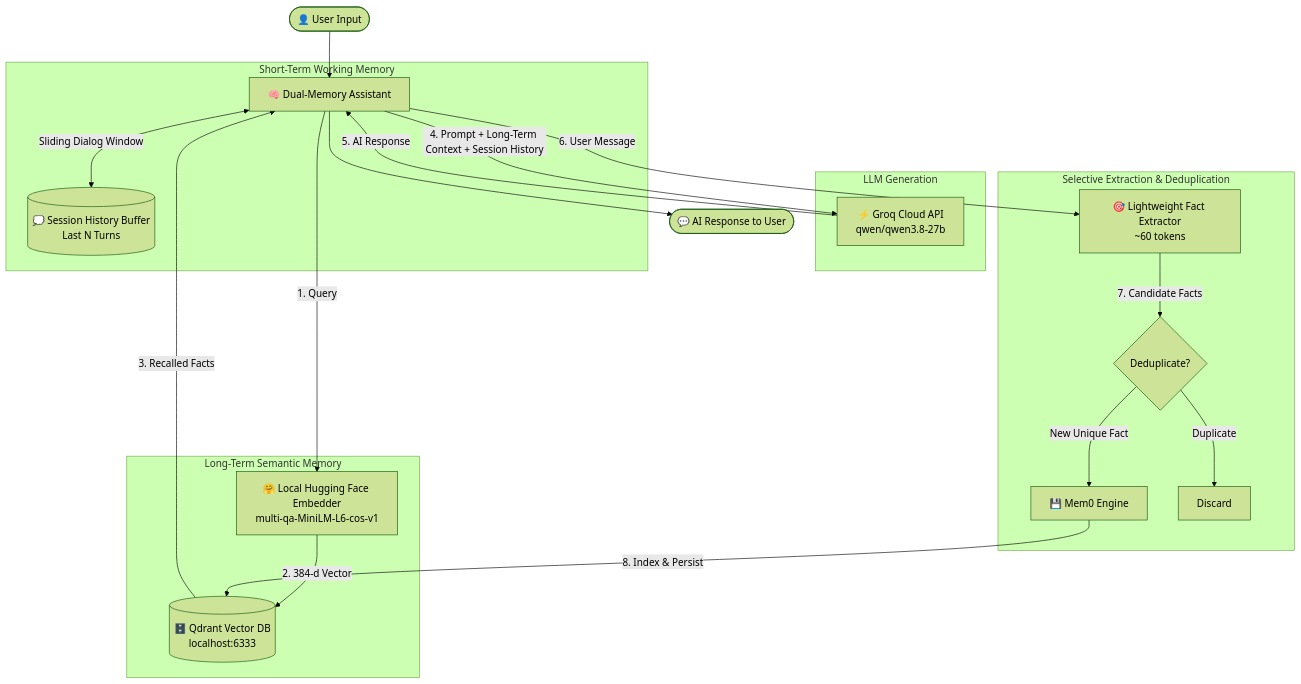
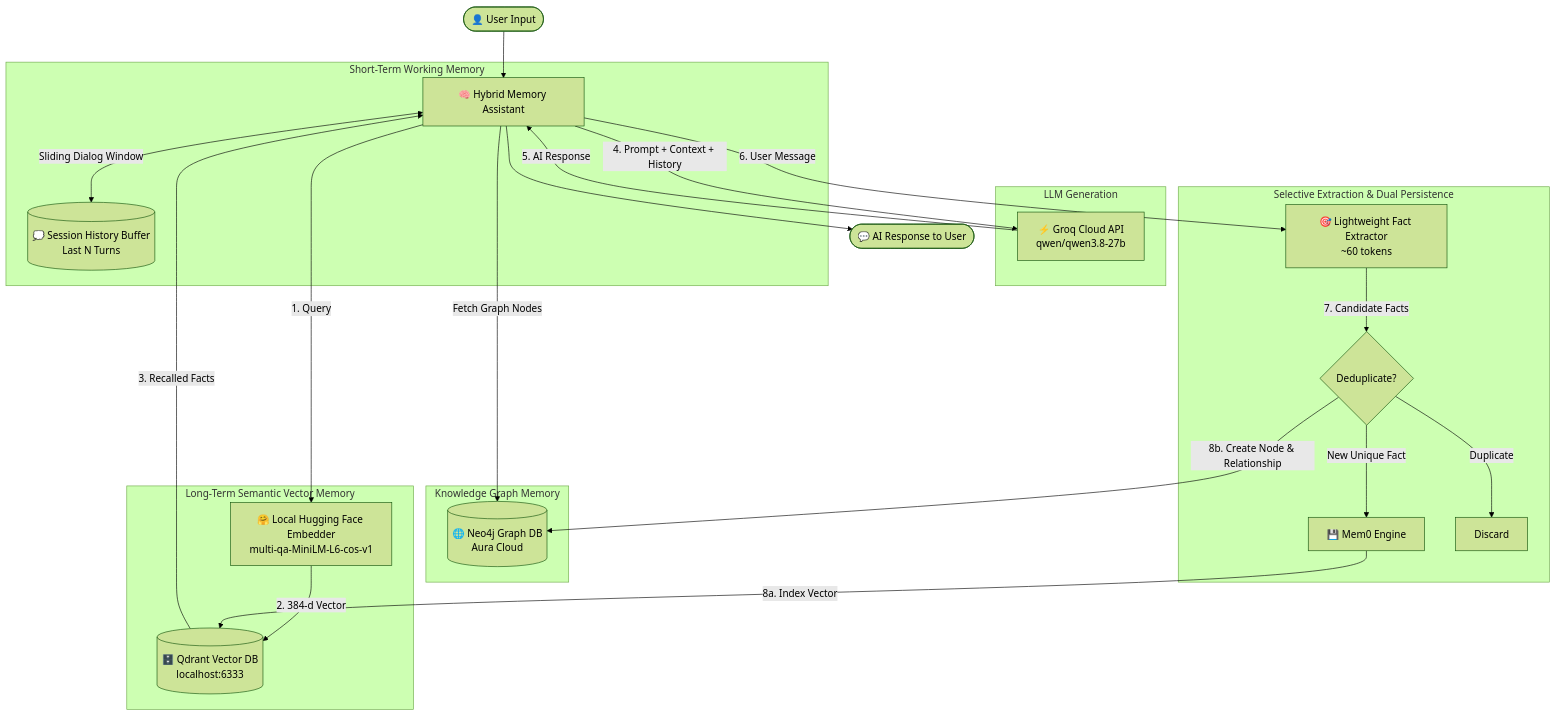
Before and after one commit to Rohit18457/mem0-ai-assistant: the diagram in README.md, drawn with Mermaid (forest theme). The commit also changed other lines of this file and 6 other files, not shown here.

Commit message:
feat: integrate Neo4j knowledge graph store alongside Qdrant vector memory

````diff
--- a/README.md
+++ b/README.md
@@ -34,29 +38,34 @@
 ```mermaid
 flowchart TD
-    User([👤 User Input]) --> Assistant[🧠 Dual-Memory Assistant]
+    User([👤 User Input]) --> Assistant[🧠 Hybrid Memory Assistant]
     
     subgraph Short-Term Working Memory
         Assistant <-->|Sliding Dialog Window| Buffer[(💭 Session History Buffer\nLast N Turns)]
     end
 
-    subgraph Long-Term Semantic Memory
+    subgraph Long-Term Semantic Vector Memory
         Assistant -->|1. Query| HF[🤗 Local Hugging Face Embedder\nmulti-qa-MiniLM-L6-cos-v1]
         HF -->|2. 384-d Vector| Qdrant[(🗄️ Qdrant Vector DB\nlocalhost:6333)]
         Qdrant -->|3. Recalled Facts| Assistant
     end
 
+    subgraph Knowledge Graph Memory
+        Assistant -->|Fetch Graph Nodes| Neo4j[(🌐 Neo4j Graph DB\nAura Cloud)]
+    end
+
     subgraph LLM Generation
-        Assistant -->|4. Prompt + Long-Term Context + Session History| Groq[⚡ Groq Cloud API\nqwen/qwen3.8-27b]
+        Assistant -->|4. Prompt + Context + History| Groq[⚡ Groq Cloud API\nqwen/qwen3.8-27b]
         Groq -->|5. AI Response| Assistant
     end
 
-    subgraph Selective Extraction & Deduplication
+    subgraph Selective Extraction & Dual Persistence
         Assistant -->|6. User Message| Extractor[🎯 Lightweight Fact Extractor\n~60 tokens]
         Extractor -->|7. Candidate Facts| Dedup{Deduplicate?}
         Dedup -->|New Unique Fact| Mem0[💾 Mem0 Engine]
         Dedup -->|Duplicate| Skip[Discard]
-        Mem0 -->|8. Index & Persist| Qdrant
+        Mem0 -->|8a. Index Vector| Qdrant
+        Dedup -->|8b. Create Node & Relationship| Neo4j
     end
 
     Assistant --> Output([💬 AI Response to User])
 ```
````
